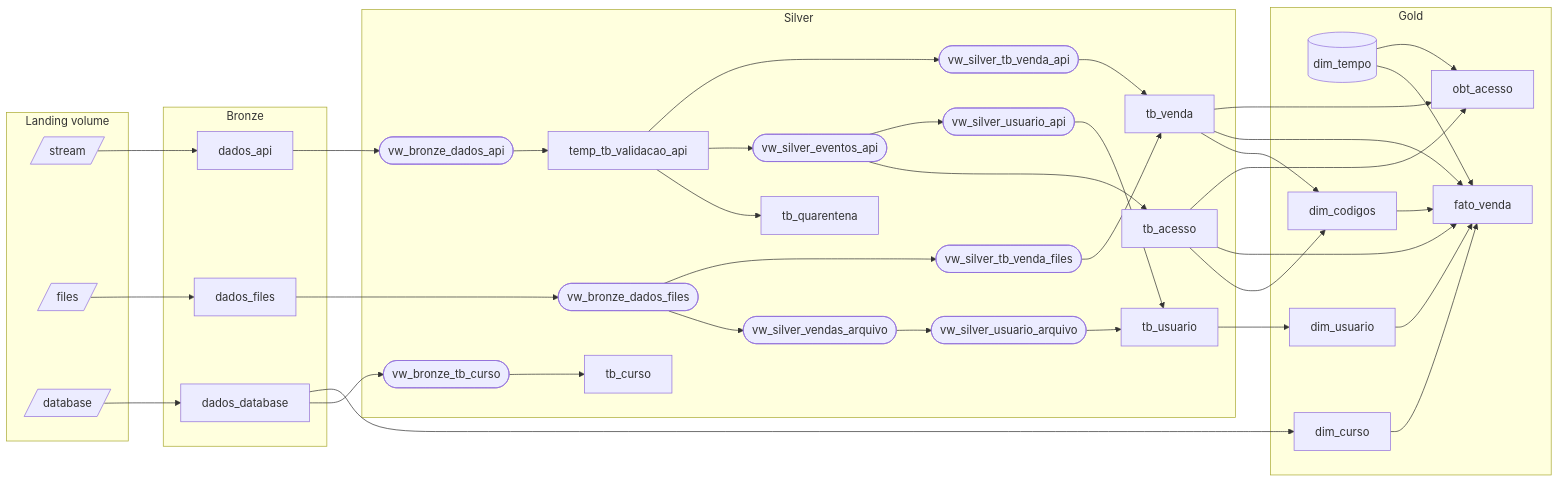
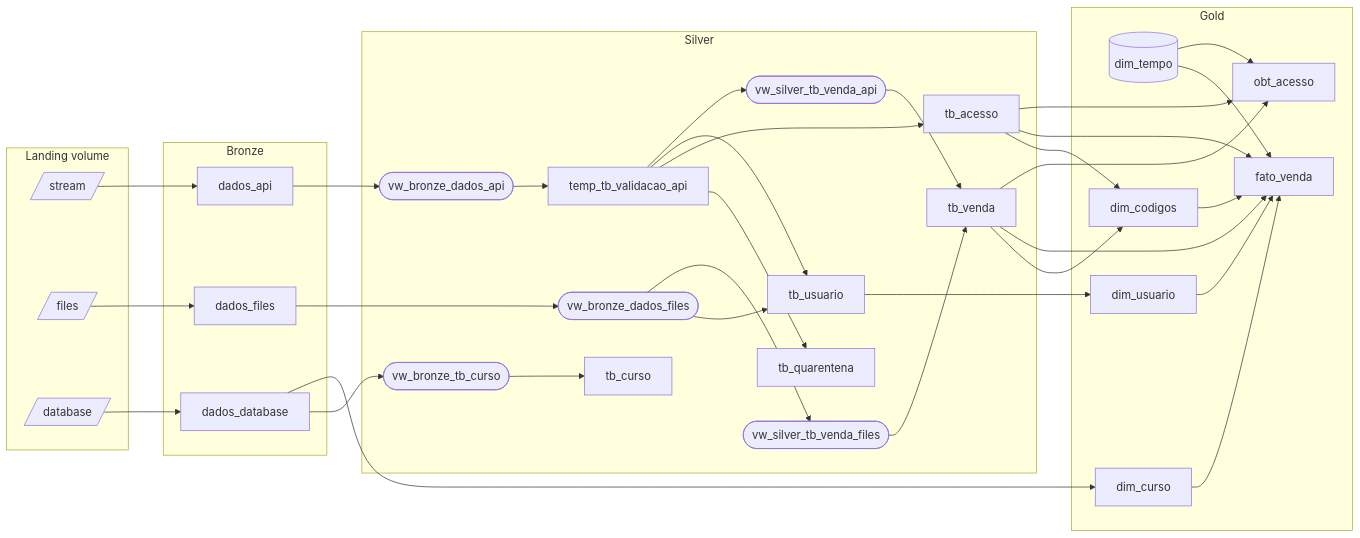
Before and after one commit to ajluz/lakeflow_claude_code-dbks-iatool: the diagram in doc/architecture.md, drawn with Mermaid. The commit also changed other lines of this file and 29 other files, not shown here.

````diff
--- a/doc/architecture.md
+++ b/doc/architecture.md
@@ -35,70 +35,66 @@
 ```mermaid
 flowchart LR
     subgraph landing[Landing volume]
         L1[/stream/]
         L2[/files/]
         L3[/database/]
     end
 
     subgraph bronze[Bronze]
         B1[dados_api]
         B2[dados_files]
         B3[dados_database]
     end
 
     subgraph silver[Silver]
         V1([vw_bronze_dados_api])
-        V6([vw_silver_eventos_api])
         V2([vw_bronze_dados_files])
-        V7([vw_silver_vendas_arquivo])
-        V8([vw_silver_usuario_api])
-        V9([vw_silver_usuario_arquivo])
         T1[temp_tb_validacao_api]
         S1[tb_quarentena]
         S2[tb_acesso]
         S3[tb_usuario]
         V3([vw_silver_tb_venda_api])
         V4([vw_silver_tb_venda_files])
         S4[tb_venda]
         V5([vw_bronze_tb_curso])
         S5[tb_curso]
     end
 
     subgraph gold[Gold]
         G0[(dim_tempo)]
         G1[dim_usuario]
         G2[dim_curso]
         G3[dim_codigos]
         G4[fato_venda]
         G5[obt_acesso]
     end
 
     L1 --> B1 --> V1 --> T1
     L2 --> B2 --> V2
     L3 --> B3 --> V5 --> S5
 
     T1 --> S1
-    T1 --> V6 --> S2
-    V6 --> V8 --> S3
+    T1 --> S2
+    T1 --> S3
     T1 --> V3
-    V2 --> V7 --> V9 --> S3
+    V2 --> S3
     V2 --> V4
     V3 --> S4
     V4 --> S4
 
     S3 --> G1
     B3 --> G2
     S4 --> G3
     S2 --> G3
 
     S4 --> G4
     S2 --> G4
     G0 --> G4
     G1 --> G4
     G2 --> G4
     G3 --> G4
 
     S2 --> G5
     S4 --> G5
     G0 --> G5
 ```
````
